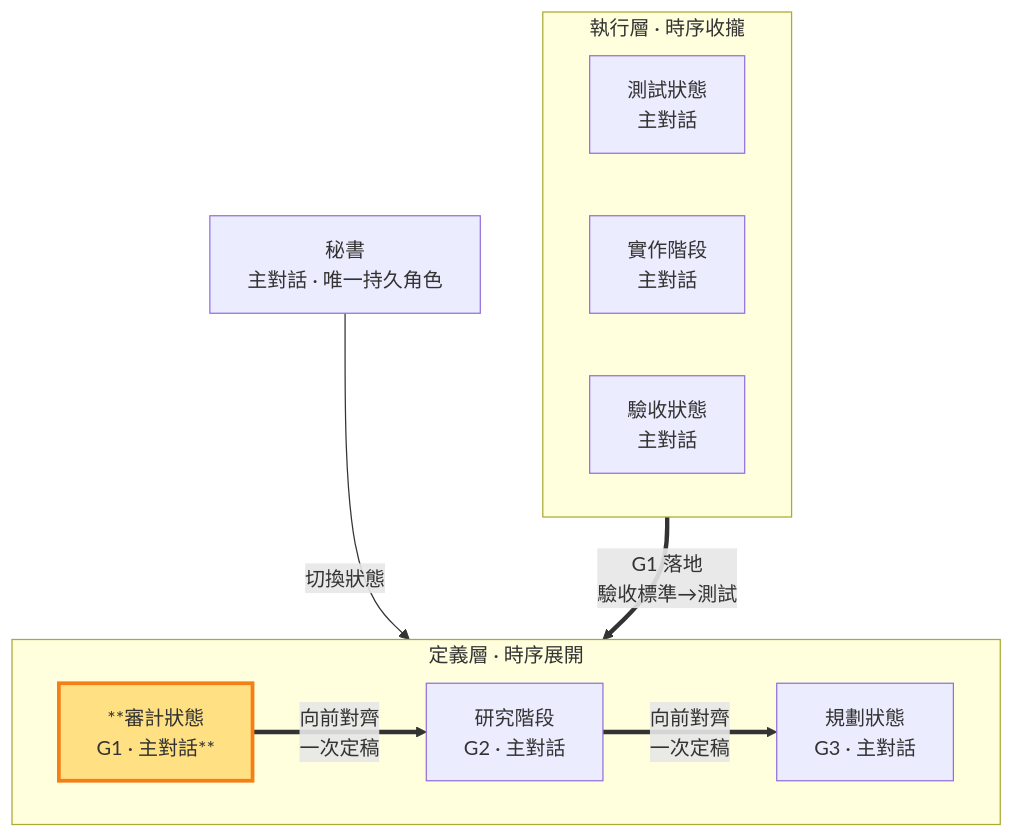
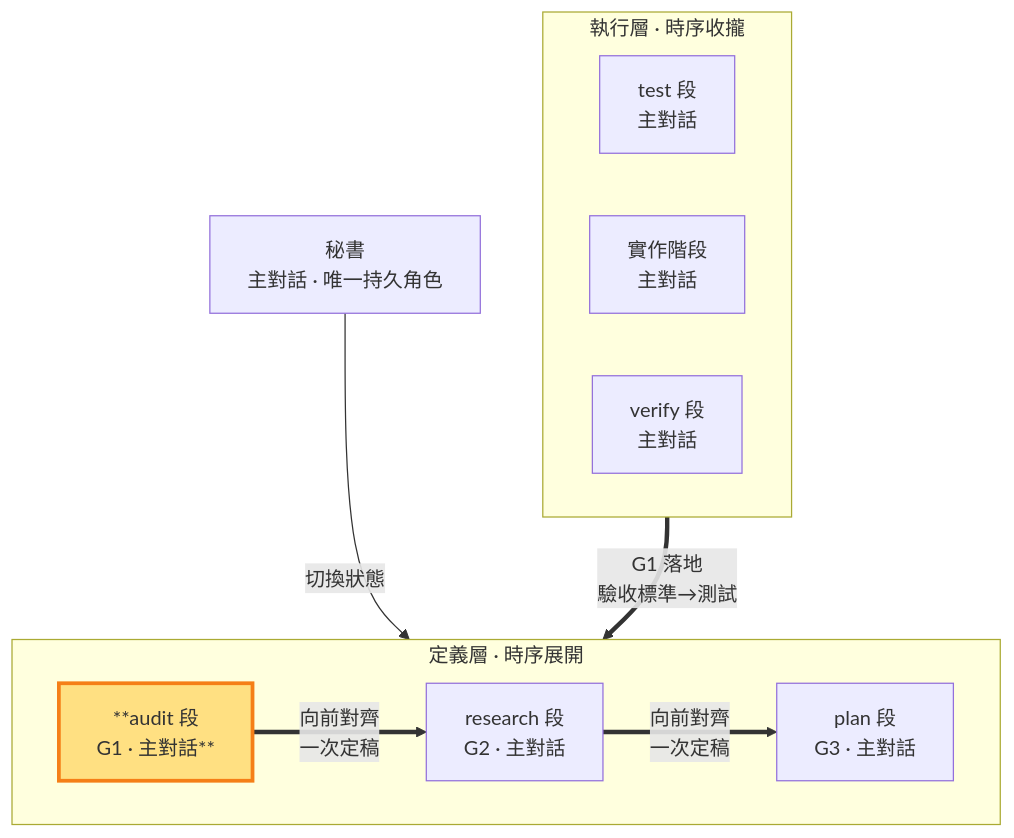
Before and after one commit to teps3105/shiftblame: the diagram in skills/shiftblame/references/AUDIT.md, drawn with Mermaid. The commit also changed other lines of this file and 26 other files, not shown here.

````diff
--- a/skills/shiftblame/references/AUDIT.md
+++ b/skills/shiftblame/references/AUDIT.md
@@ -15,21 +15,21 @@
 ```mermaid
 flowchart TB
     SEC[秘書<br/>主對話 · 唯一持久角色]
     subgraph Consult["定義層 · 時序展開"]
         direction LR
-        AUD["**審計狀態<br/>G1 · 主對話**"]:::thisrole
-        RES["研究階段<br/>G2 · 主對話"]
-        PLA["規劃狀態<br/>G3 · 主對話"]
+        AUD["**audit 段<br/>G1 · 主對話**"]:::thisrole
+        RES["research 段<br/>G2 · 主對話"]
+        PLA["plan 段<br/>G3 · 主對話"]
     end
     subgraph Build["執行層 · 時序收攏"]
         direction LR
-        TST["測試狀態<br/>主對話"]
+        TST["test 段<br/>主對話"]
         DEV["實作階段<br/>主對話"]
-        ACC["驗收狀態<br/>主對話"]
+        ACC["verify 段<br/>主對話"]
     end
     SEC -- 切換狀態 --> AUD
     TST == "G1 落地<br/>驗收標準→測試" ==> AUD
     AUD == "向前對齊<br/>一次定稿" ==> RES
     RES == "向前對齊<br/>一次定稿" ==> PLA
     classDef thisrole fill:#ffe082,stroke:#f57f17,stroke-width:3px;
 ```
````
